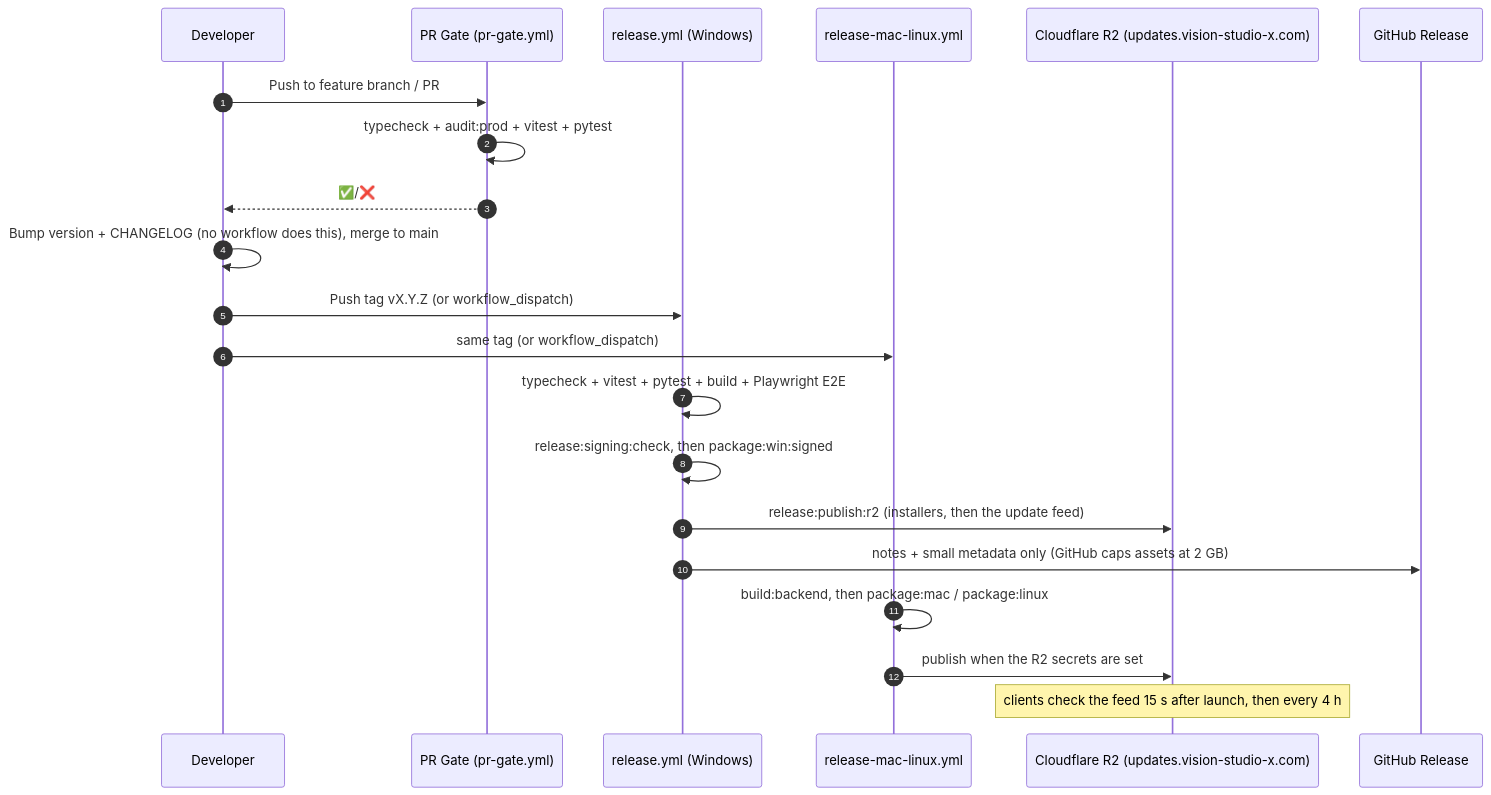
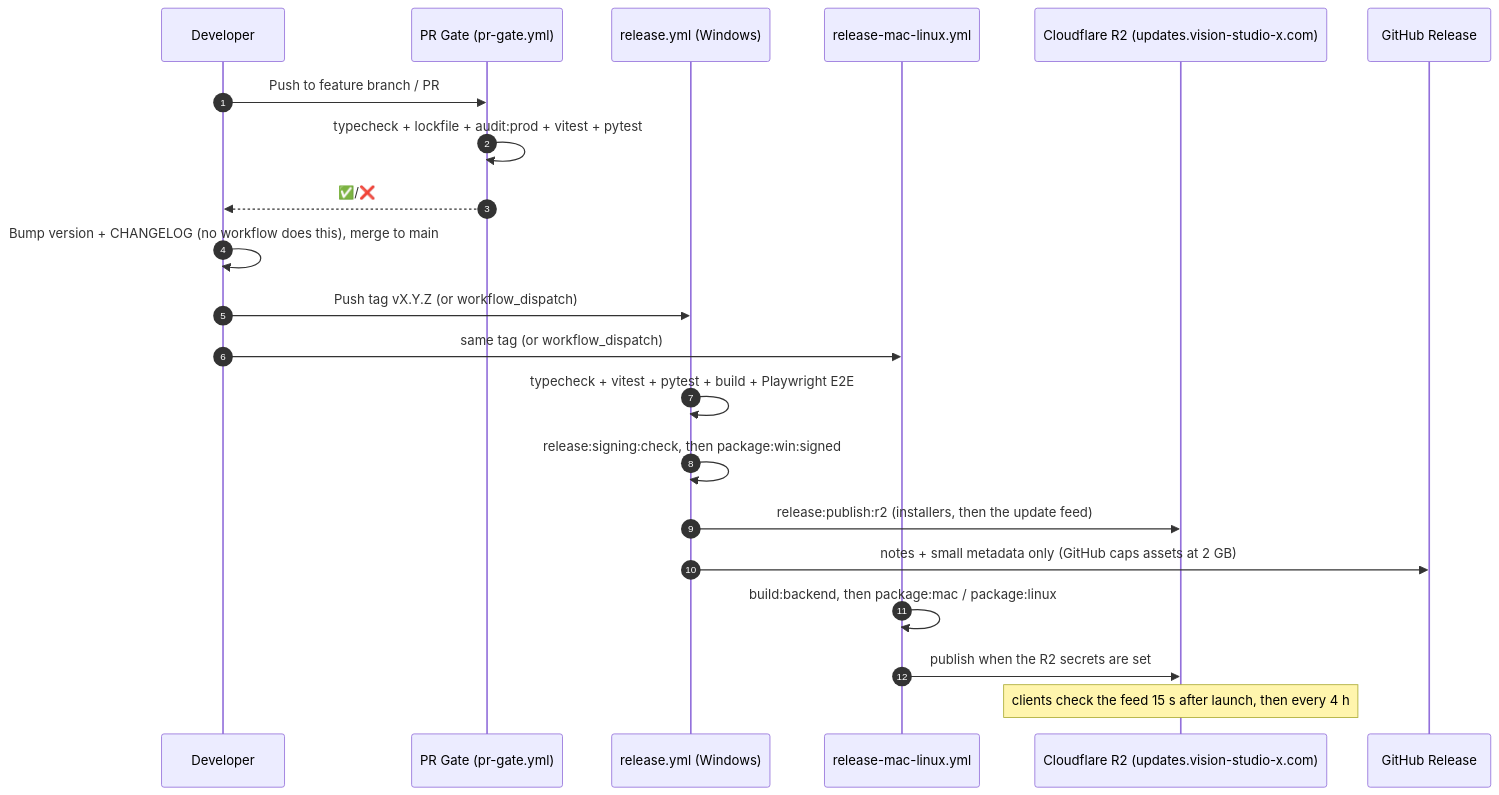
The ninth of 9 diagrams in docs/ARCHITECTURE.md (Git-Rocky-Stack/vision-studio), drawn with Mermaid before and after one commit. The commit also changed other lines of this file and 629 other files, not shown here.

````diff
--- a/docs/ARCHITECTURE.md
+++ b/docs/ARCHITECTURE.md
@@ -769,24 +784,24 @@
 ```mermaid
 sequenceDiagram
     autonumber
     participant Dev as Developer
     participant CI as PR Gate (pr-gate.yml)
     participant Rel as release.yml (Windows)
     participant RML as release-mac-linux.yml
     participant R2 as Cloudflare R2 (updates.vision-studio-x.com)
     participant GH as GitHub Release
 
     Dev->>CI: Push to feature branch / PR
-    CI->>CI: typecheck + audit:prod + vitest + pytest
+    CI->>CI: typecheck + lockfile + audit:prod + vitest + pytest
     CI-->>Dev: ✅/❌
     Dev->>Dev: Bump version + CHANGELOG (no workflow does this), merge to main
     Dev->>Rel: Push tag vX.Y.Z (or workflow_dispatch)
     Dev->>RML: same tag (or workflow_dispatch)
     Rel->>Rel: typecheck + vitest + pytest + build + Playwright E2E
     Rel->>Rel: release:signing:check, then package:win:signed
     Rel->>R2: release:publish:r2 (installers, then the update feed)
     Rel->>GH: notes + small metadata only (GitHub caps assets at 2 GB)
     RML->>RML: build:backend, then package:mac / package:linux
     RML->>R2: publish when the R2 secrets are set
     Note over R2: clients check the feed 15 s after launch, then every 4 h
 ```
````
